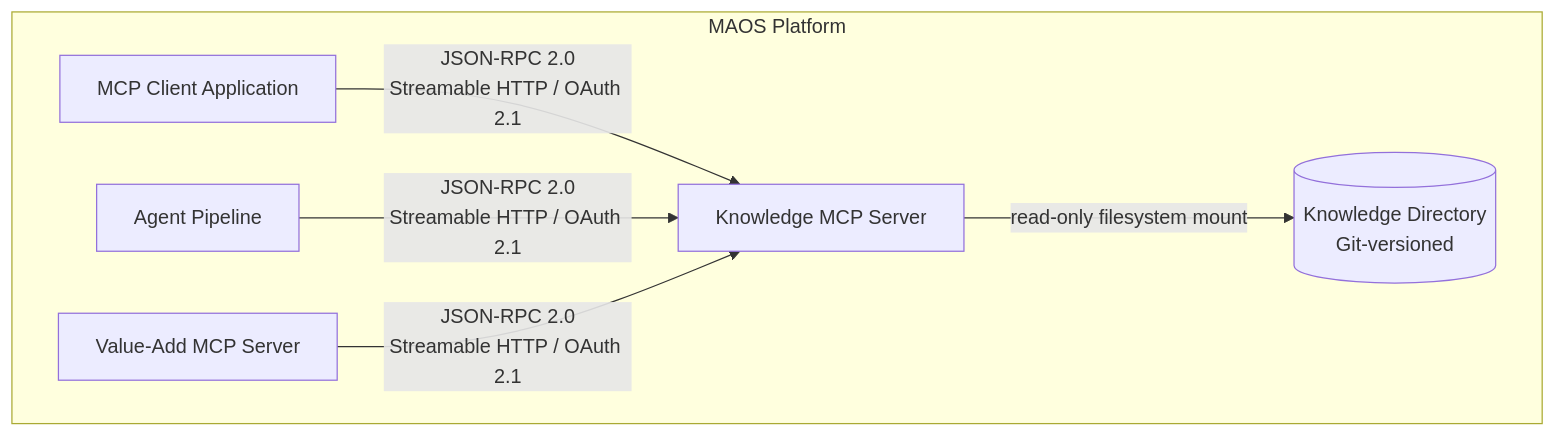
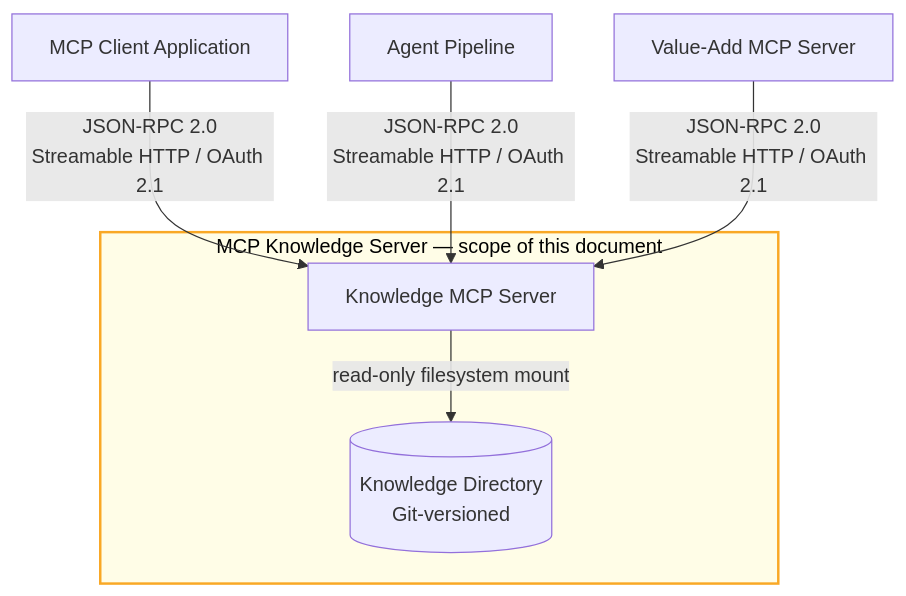
The diagram in docs/product/knowledge/01_overview.md (M-A-Operating-System/shared-work), drawn with Mermaid before and after one commit.

Commit message:
docs(knowledge): update system context diagram — yellow scope box
Knowledge MCP Server and Knowledge Directory now inside a styled yellow
subgraph labelled 'scope of this document'. Consumers (MCP Client,
Agent Pipeline, Value-Add MCP Server) sit outside the scope boundary.

https://claude.ai/code/session_01CYjqpWt1v2JhCDuDBEJCSM

````diff
--- a/docs/product/knowledge/01_overview.md
+++ b/docs/product/knowledge/01_overview.md
@@ -58,15 +58,18 @@
 ```mermaid
 graph TD
-    subgraph MAOS Platform
-        A[MCP Client Application]
-        B[Agent Pipeline]
-        C[Value-Add MCP Server]
+    A[MCP Client Application]
+    B[Agent Pipeline]
+    C[Value-Add MCP Server]
+
+    subgraph KS["MCP Knowledge Server — scope of this document"]
         K[Knowledge MCP Server]
         D[(Knowledge Directory\nGit-versioned)]
+        K -->|read-only filesystem mount| D
     end
+
+    style KS fill:#fffde7,stroke:#f9a825,stroke-width:2px,color:#000
 
     A -->|JSON-RPC 2.0\nStreamable HTTP / OAuth 2.1| K
     B -->|JSON-RPC 2.0\nStreamable HTTP / OAuth 2.1| K
     C -->|JSON-RPC 2.0\nStreamable HTTP / OAuth 2.1| K
-    K -->|read-only filesystem mount| D
 ```
````
